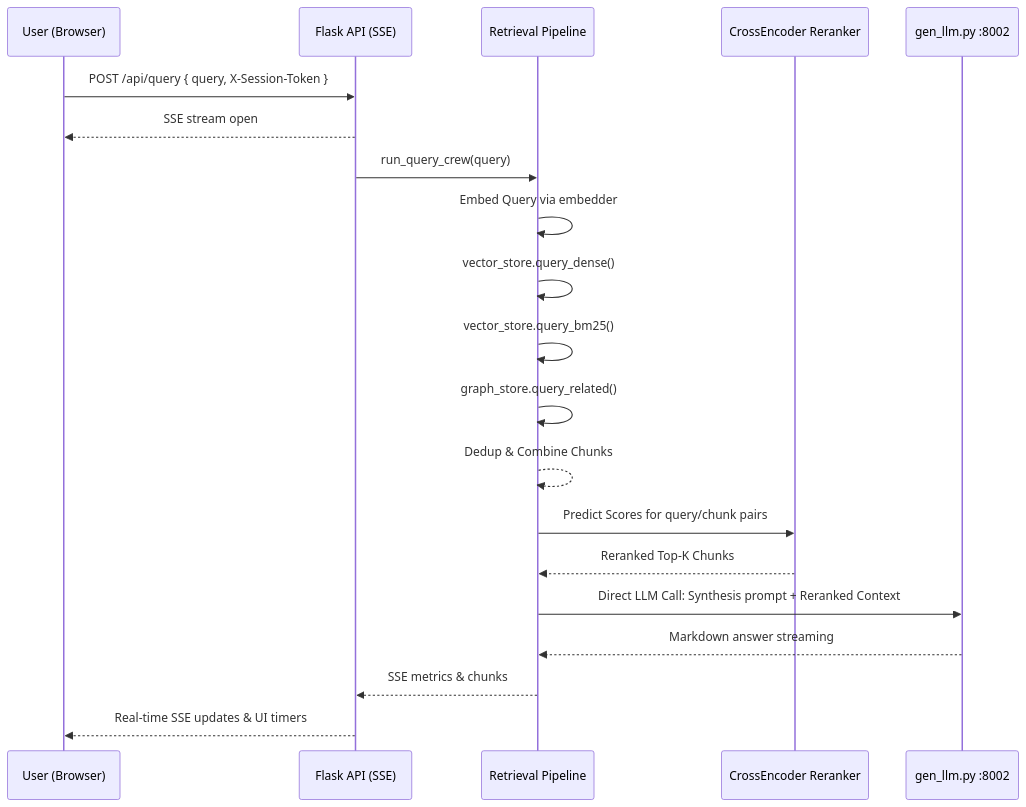
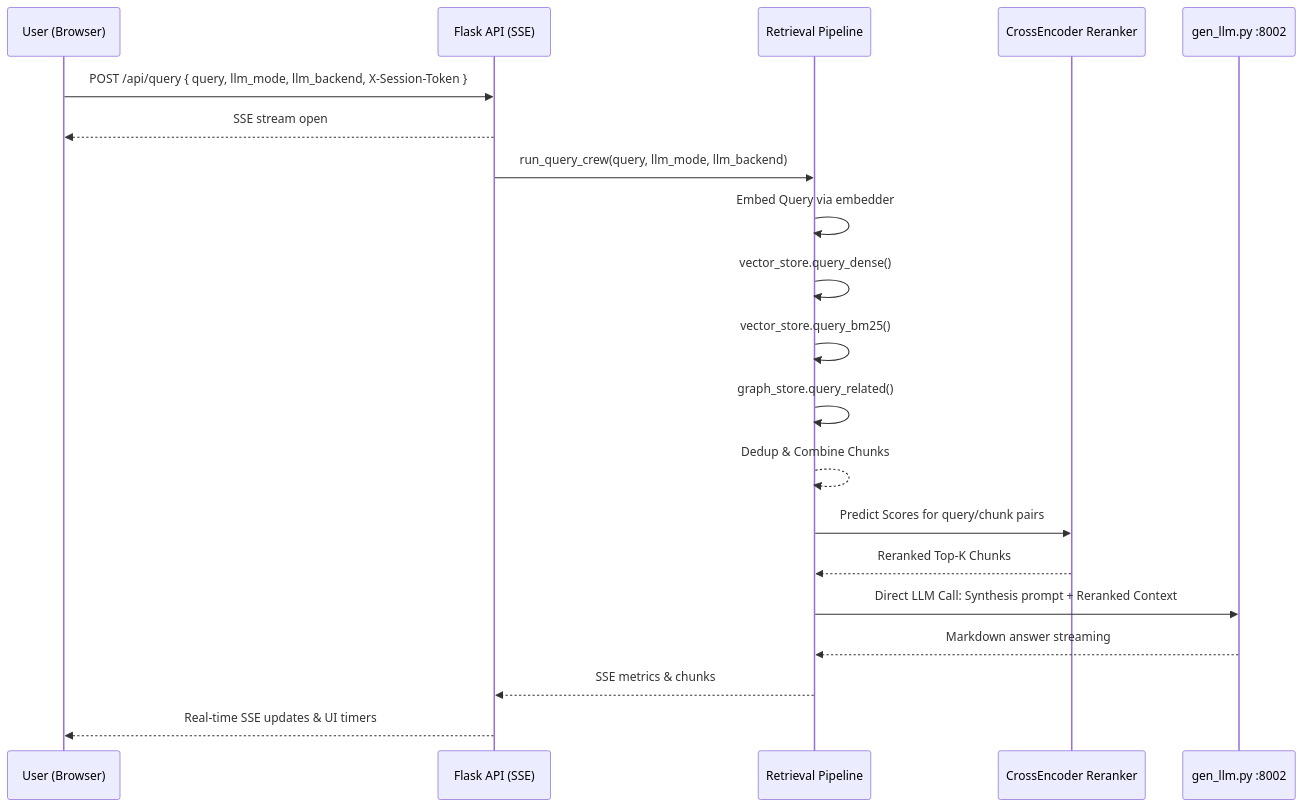
Before and after one commit to Sam-max1/healthexpert: the third of 3 diagrams in HEALTHEXPERT_ARCHITECTURE_DESIGN.md, drawn with Mermaid. The commit also changed other lines of this file and 7 other files, not shown here.

Commit message:
Fix LLM mode routing, button visibility, panel resizing, and bottom UI cutoff

````diff
--- a/HEALTHEXPERT_ARCHITECTURE_DESIGN.md
+++ b/HEALTHEXPERT_ARCHITECTURE_DESIGN.md
@@ -111,29 +111,29 @@
 ```mermaid
 sequenceDiagram
     participant U as User (Browser)
     participant F as Flask API (SSE)
     participant RP as Retrieval Pipeline
     participant CR as CrossEncoder Reranker
     participant GS as gen_llm.py :8002
 
-    U->>F: POST /api/query { query, X-Session-Token }
+    U->>F: POST /api/query { query, llm_mode, llm_backend, X-Session-Token }
     F-->>U: SSE stream open
-    F->>RP: run_query_crew(query)
+    F->>RP: run_query_crew(query, llm_mode, llm_backend)
     
     %% Phase 1
     RP->>RP: Embed Query via embedder
     RP->>RP: vector_store.query_dense()
     RP->>RP: vector_store.query_bm25()
     RP->>RP: graph_store.query_related()
     RP-->>RP: Dedup & Combine Chunks
     
     %% Phase 2
     RP->>CR: Predict Scores for query/chunk pairs
     CR-->>RP: Reranked Top-K Chunks
     
     %% Phase 3
     RP->>GS: Direct LLM Call: Synthesis prompt + Reranked Context
     GS-->>RP: Markdown answer streaming
     RP-->>F: SSE metrics & chunks
     F-->>U: Real-time SSE updates & UI timers
 ```
````
